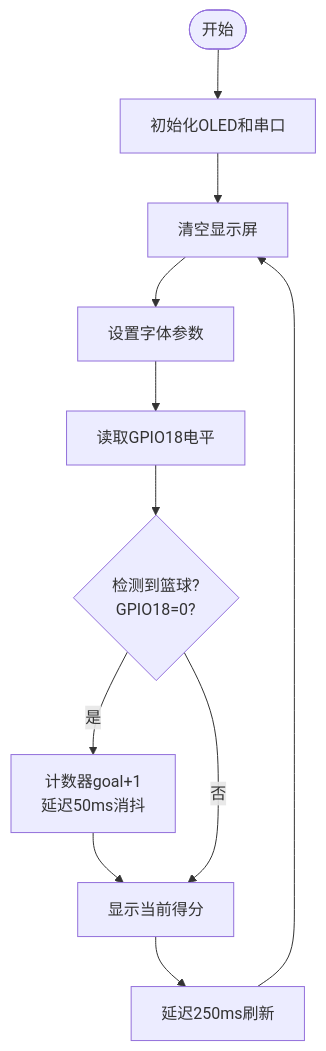
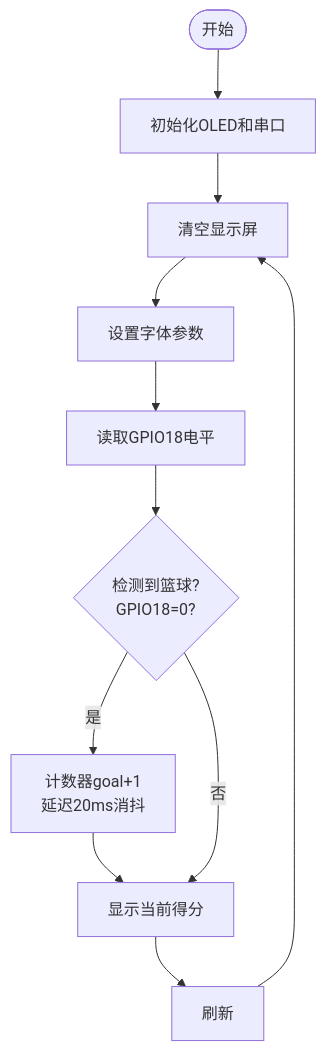
Before and after one commit to keyeswiki/KE3107-ESP32: the diagram in docs/5. Kidsblock教程/5.3 课程/课程06.md, drawn with Mermaid. The commit also changed other lines of this file and 1255 other files, not shown here.

````diff
--- a/docs/5. Kidsblock教程/5.3 课程/课程06.md
+++ b/docs/5. Kidsblock教程/5.3 课程/课程06.md
@@ -137,13 +144,13 @@
 ```mermaid
 graph TD
     A([开始]) --> B[初始化OLED和串口]
     B --> C[清空显示屏]
     C --> D[设置字体参数]
     D --> E[读取GPIO18电平]
     E --> F{检测到篮球?<br>GPIO18=0?}
-    F -- 是 --> G[计数器goal+1<br>延迟50ms消抖]
+    F -- 是 --> G[计数器goal+1<br>延迟20ms消抖]
     G --> H[显示当前得分]
     F -- 否 --> H
-    H --> I[延迟250ms刷新]
+    H --> I[刷新]
     I --> C
 ```
````
